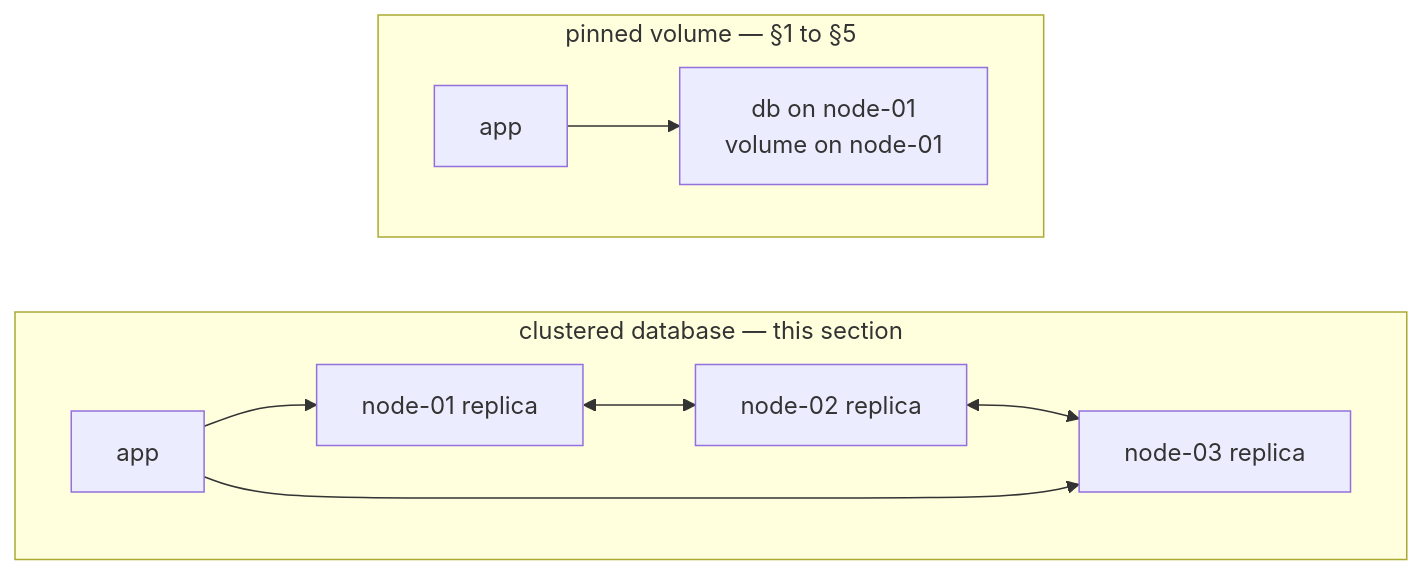
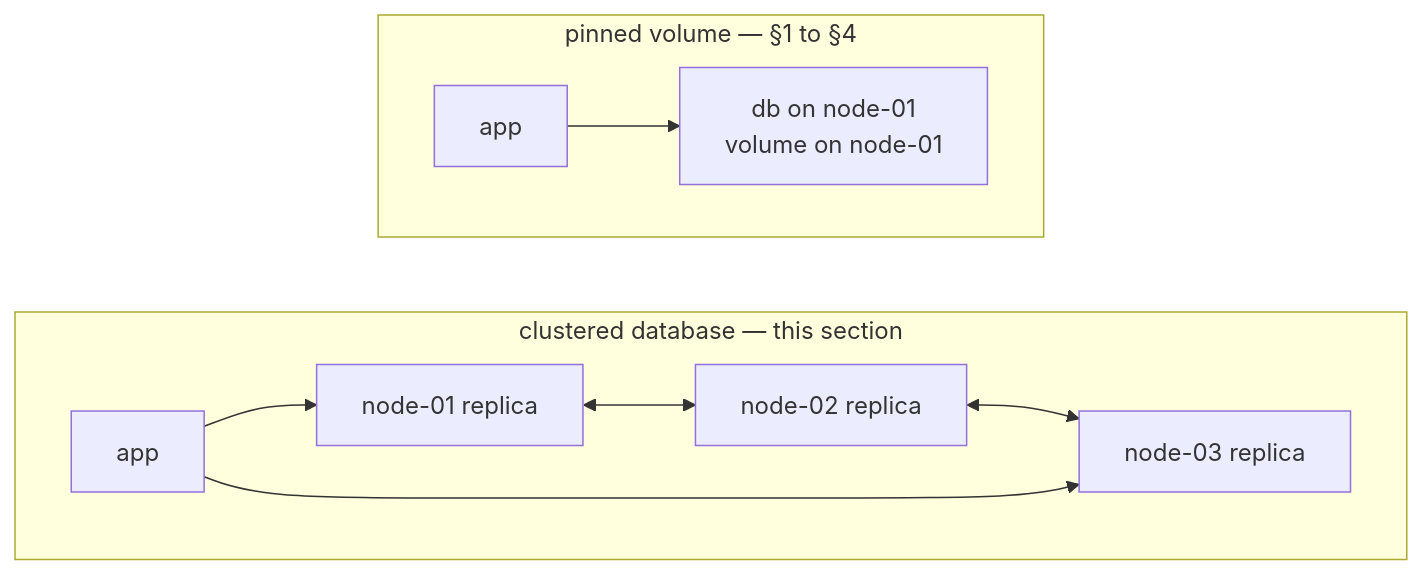
Before and after one commit to hazemarian/poor-man-cluster: the sixth of 6 diagrams in docs/storage-and-databases.md, drawn with Mermaid. The commit also changed other lines of this file and 9 other files, not shown here.

````diff
--- a/docs/storage-and-databases.md
+++ b/docs/storage-and-databases.md
@@ -630,13 +287,13 @@
 ```mermaid
 flowchart TD
-    subgraph PIN["pinned volume — §1 to §5"]
+    subgraph PIN["pinned volume — §1 to §4"]
         AP["app"] --> DB1["db on node-01<br/>volume on node-01"]
     end
     subgraph CLU["clustered database — this section"]
         R1["node-01 replica"] <--> R2["node-02 replica"]
         R2 <--> R3["node-03 replica"]
         AP2["app"] --> R1
         AP2 --> R3
     end
     PIN ~~~ CLU
 ```
````
